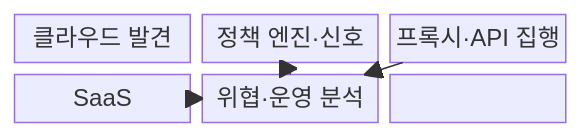
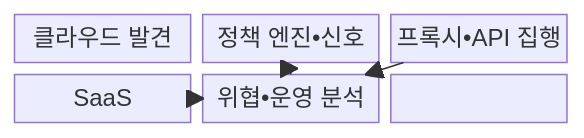
Before and after one commit to agnusdei1207/knowledge-base: the first of 2 diagrams in src/content/docs/notes/05-security/072_casb.md, drawn with Mermaid. The commit also changed other lines of this file and 953 other files, not shown here.

````diff
--- a/src/content/docs/notes/05-security/072_casb.md
+++ b/src/content/docs/notes/05-security/072_casb.md
@@ -63,13 +63,13 @@
 ```mermaid
 block-beta
   columns 3
   A["클라우드 발견"]
-  B["정책 엔진·신호"]
-  C["프록시·API 집행"]
+  B["정책 엔진•신호"]
+  C["프록시•API 집행"]
   D["SaaS"]
-  E["위협·운영 분석"]
+  E["위협•운영 분석"]
   A --> B --> C --> D
   E --> B
   C --> E
   D --> E
 ```
````
